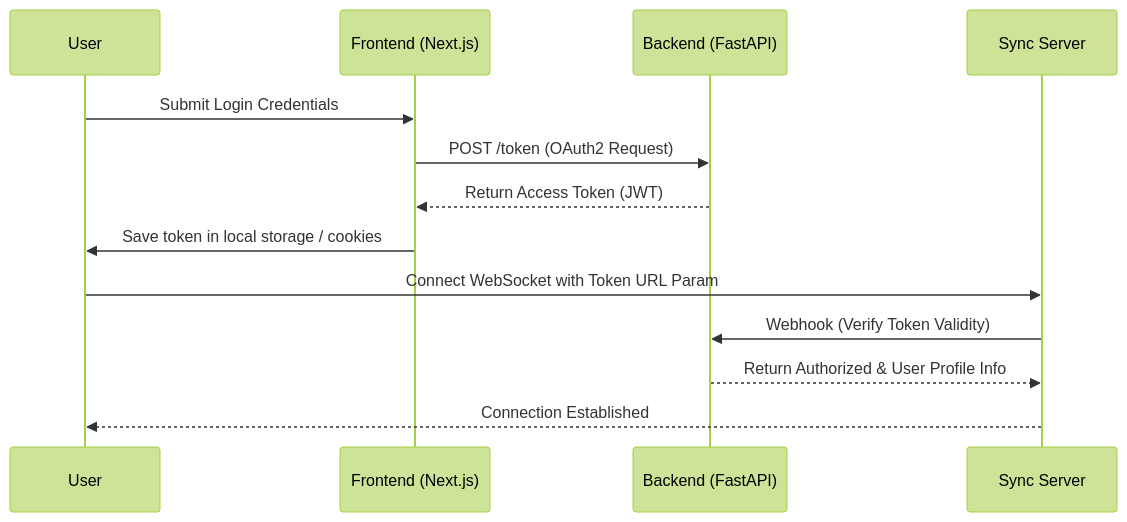
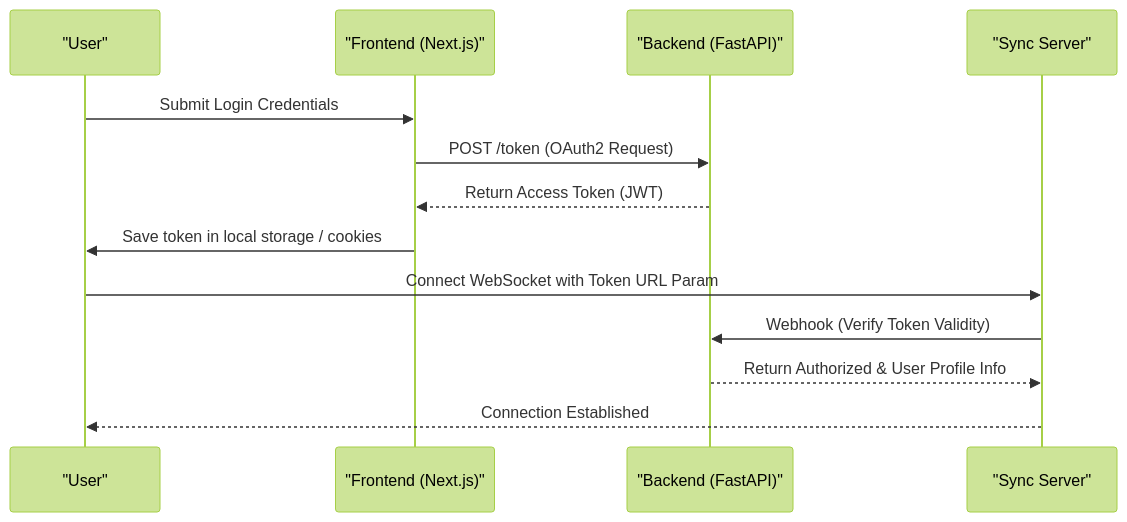
Before and after one commit to Panchadip-128/Syncpad-Distributed-State-Synchronization-Engine: the third of 4 diagrams in README.md, drawn with Mermaid (forest theme). The commit also changed other lines of this file, not shown here.

Commit message:
docs: fix mermaid parse errors on github

````diff
--- a/README.md
+++ b/README.md
@@ -90,17 +90,17 @@
 ```mermaid
 sequenceDiagram
-    participant User
-    participant NextJS as Frontend (Next.js)
-    participant API as Backend (FastAPI)
-    participant Sync as Sync Server
+    participant User as "User"
+    participant NextJS as "Frontend (Next.js)"
+    participant API as "Backend (FastAPI)"
+    participant Sync as "Sync Server"
     
     User->>NextJS: Submit Login Credentials
     NextJS->>API: POST /token (OAuth2 Request)
     API-->>NextJS: Return Access Token (JWT)
     NextJS->>User: Save token in local storage / cookies
     
     User->>Sync: Connect WebSocket with Token URL Param
     Sync->>API: Webhook (Verify Token Validity)
     API-->>Sync: Return Authorized & User Profile Info
     Sync-->>User: Connection Established
 ```
````
